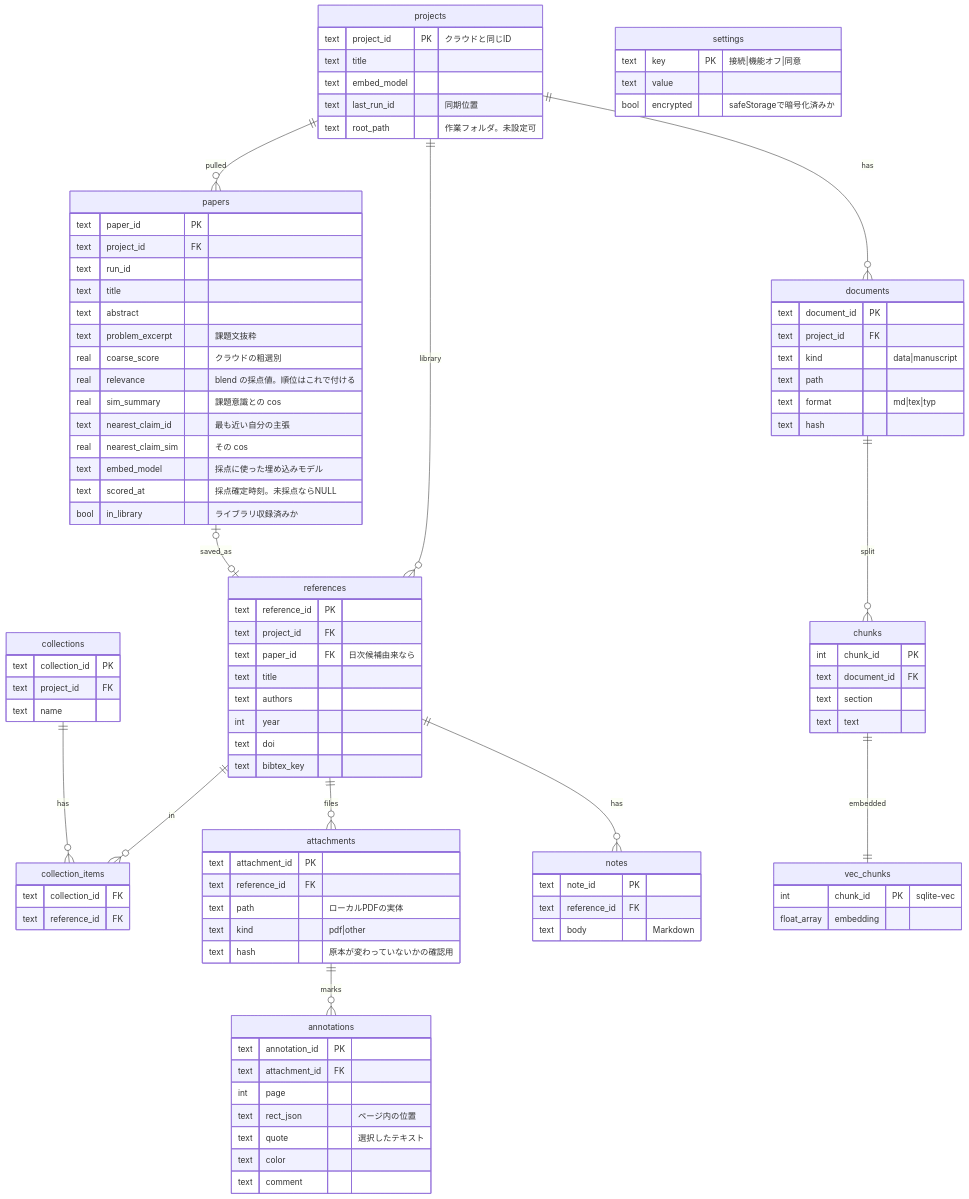
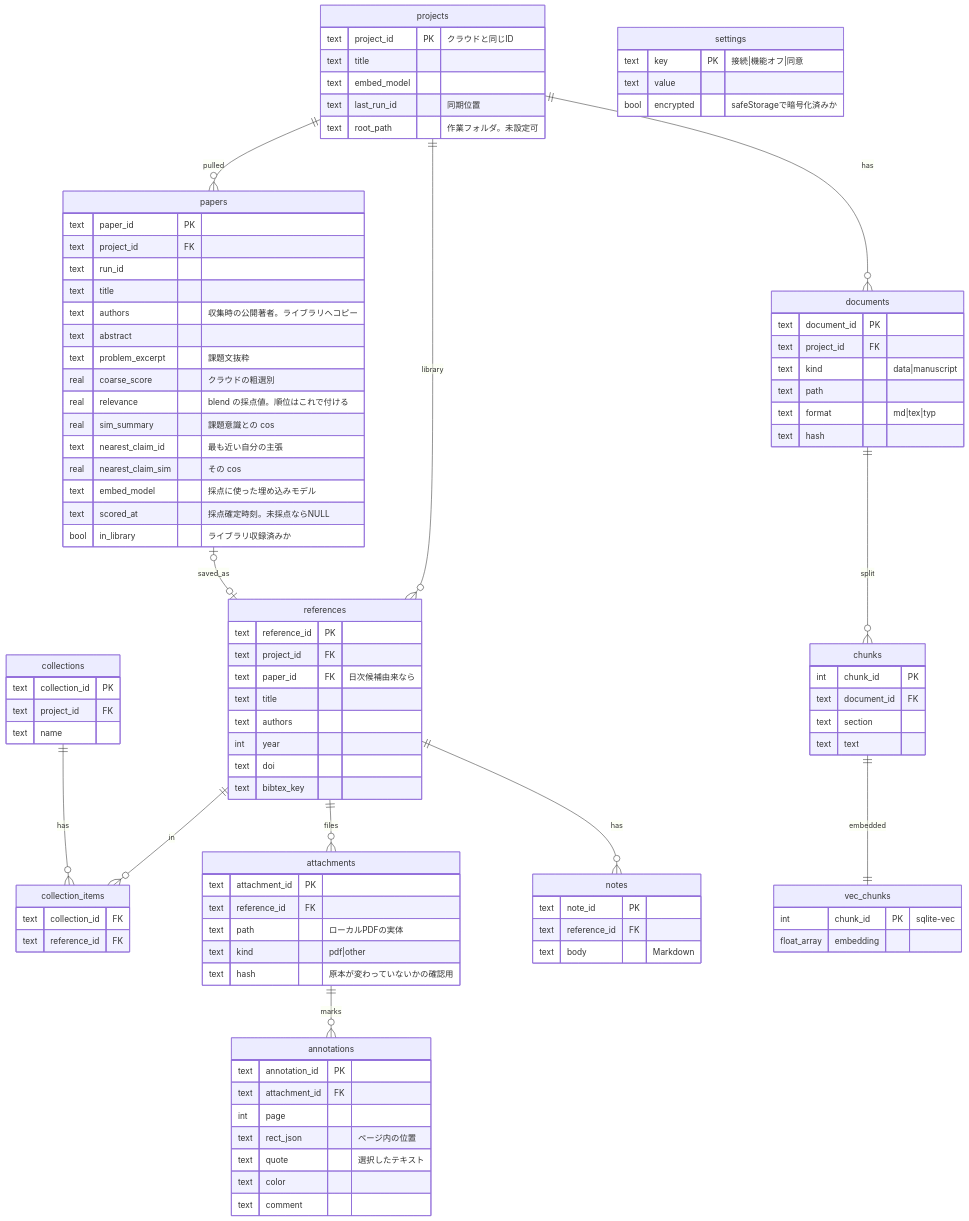
One commit to uzak0209/AI-Research changed the second of 2 diagrams in docs/er-diagram.md. Above: the diagram before and after it, drawn with Mermaid. The commit also changed other lines of this file and 27 other files, not shown here.

```diff
--- a/docs/er-diagram.md
+++ b/docs/er-diagram.md
@@ -99,6 +100,7 @@
         text project_id FK
         text run_id
         text title
+        text authors "収集時の公開著者。ライブラリへコピー"
         text abstract
         text problem_excerpt "課題文抜粋"
         real coarse_score "クラウドの粗選別"
```
